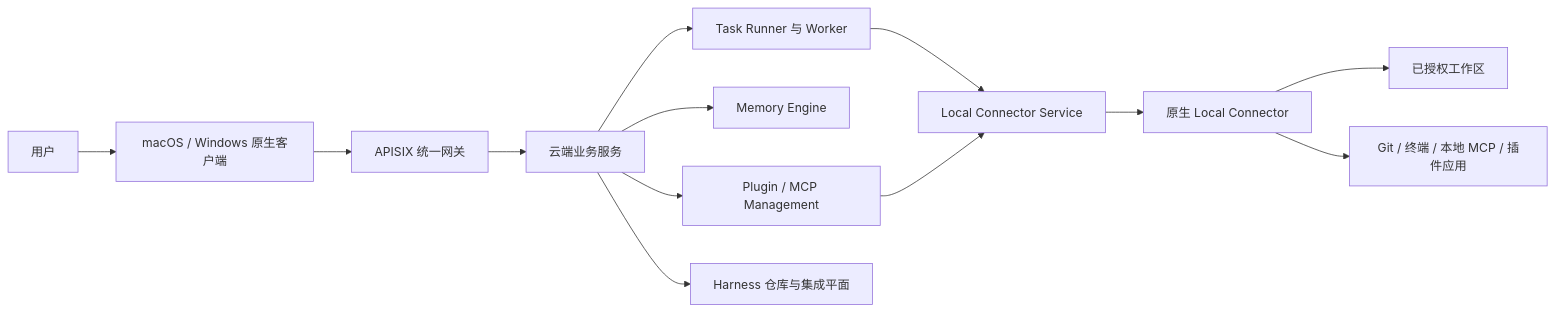
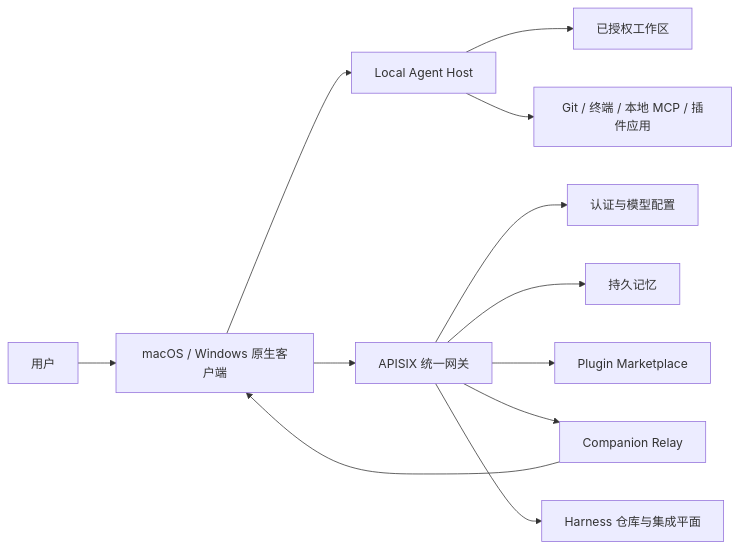
One commit to leeoohoo/chatos_rs changed the diagram in README.zh-CN.md. Above: the diagram before and after it, drawn with Mermaid. The commit also changed other lines of this file and 7 other files, not shown here.

````diff
--- a/README.zh-CN.md
+++ b/README.zh-CN.md
@@ -35,15 +35,14 @@
 ```mermaid
 flowchart LR
     U[用户] --> C[macOS / Windows 原生客户端]
+    C --> A[Local Agent Host]
+    A --> W[已授权工作区]
+    A --> X[Git / 终端 / 本地 MCP / 插件应用]
     C --> G[APISIX 统一网关]
-    G --> S[云端业务服务]
-    S --> T[Task Runner 与 Worker]
-    S --> M[Memory Engine]
-    S --> P[Plugin / MCP Management]
-    T --> L[Local Connector Service]
-    P --> L
-    L --> N[原生 Local Connector]
-    N --> W[已授权工作区]
-    N --> X[Git / 终端 / 本地 MCP / 插件应用]
-    S --> H[Harness 仓库与集成平面]
+    G --> I[认证与模型配置]
+    G --> M[持久记忆]
+    G --> P[Plugin Marketplace]
+    G --> L[Companion Relay]
+    L --> C
+    G --> H[Harness 仓库与集成平面]
 ```
````
